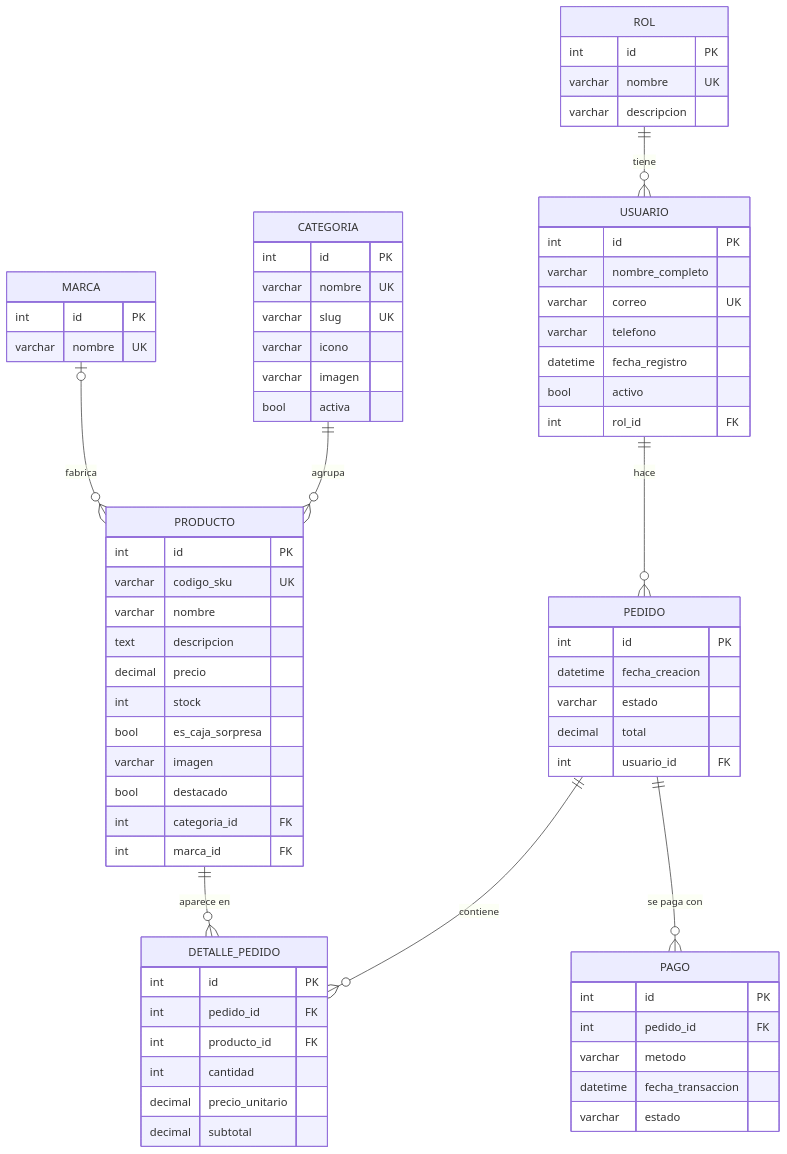
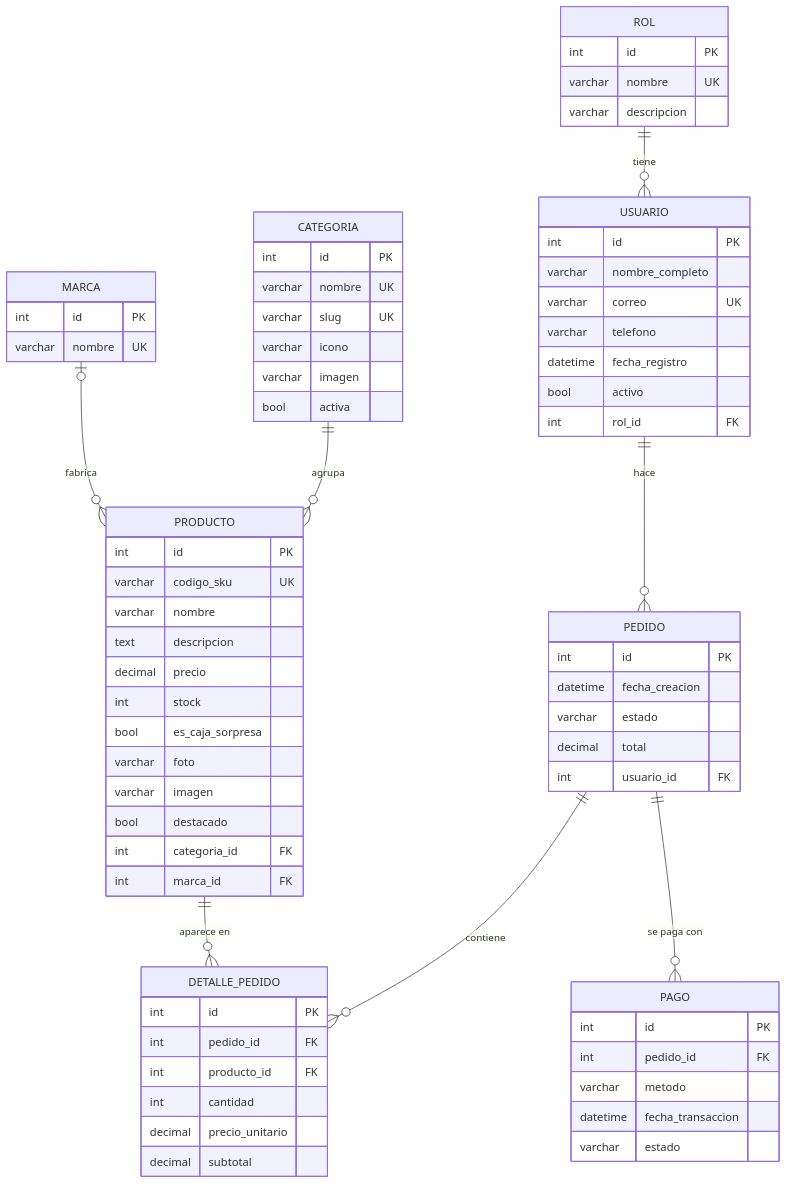
One commit to mariajesus-io/sinewave changed the diagram in GUIA_EVALUACION.md. Above: the diagram before and after it, drawn with Mermaid. The commit also changed other lines of this file and 12 other files, not shown here.

````diff
--- a/GUIA_EVALUACION.md
+++ b/GUIA_EVALUACION.md
@@ -120,72 +181,73 @@
 ```mermaid
 erDiagram
     ROL ||--o{ USUARIO : "tiene"
     USUARIO ||--o{ PEDIDO : "hace"
     CATEGORIA ||--o{ PRODUCTO : "agrupa"
     MARCA |o--o{ PRODUCTO : "fabrica"
     PEDIDO ||--o{ DETALLE_PEDIDO : "contiene"
     PRODUCTO ||--o{ DETALLE_PEDIDO : "aparece en"
     PEDIDO ||--o{ PAGO : "se paga con"
 
     ROL {
         int id PK
         varchar nombre UK
         varchar descripcion
     }
     USUARIO {
         int id PK
         varchar nombre_completo
         varchar correo UK
         varchar telefono
         datetime fecha_registro
         bool activo
         int rol_id FK
     }
     CATEGORIA {
         int id PK
         varchar nombre UK
         varchar slug UK
         varchar icono
         varchar imagen
         bool activa
     }
     MARCA {
         int id PK
         varchar nombre UK
     }
     PRODUCTO {
         int id PK
         varchar codigo_sku UK
         varchar nombre
         text descripcion
         decimal precio
         int stock
         bool es_caja_sorpresa
+        varchar foto
         varchar imagen
         bool destacado
         int categoria_id FK
         int marca_id FK
     }
     PEDIDO {
         int id PK
         datetime fecha_creacion
         varchar estado
         decimal total
         int usuario_id FK
     }
     DETALLE_PEDIDO {
         int id PK
         int pedido_id FK
         int producto_id FK
         int cantidad
         decimal precio_unitario
         decimal subtotal
     }
     PAGO {
         int id PK
         int pedido_id FK
         varchar metodo
         datetime fecha_transaccion
         varchar estado
     }
 ```
````
